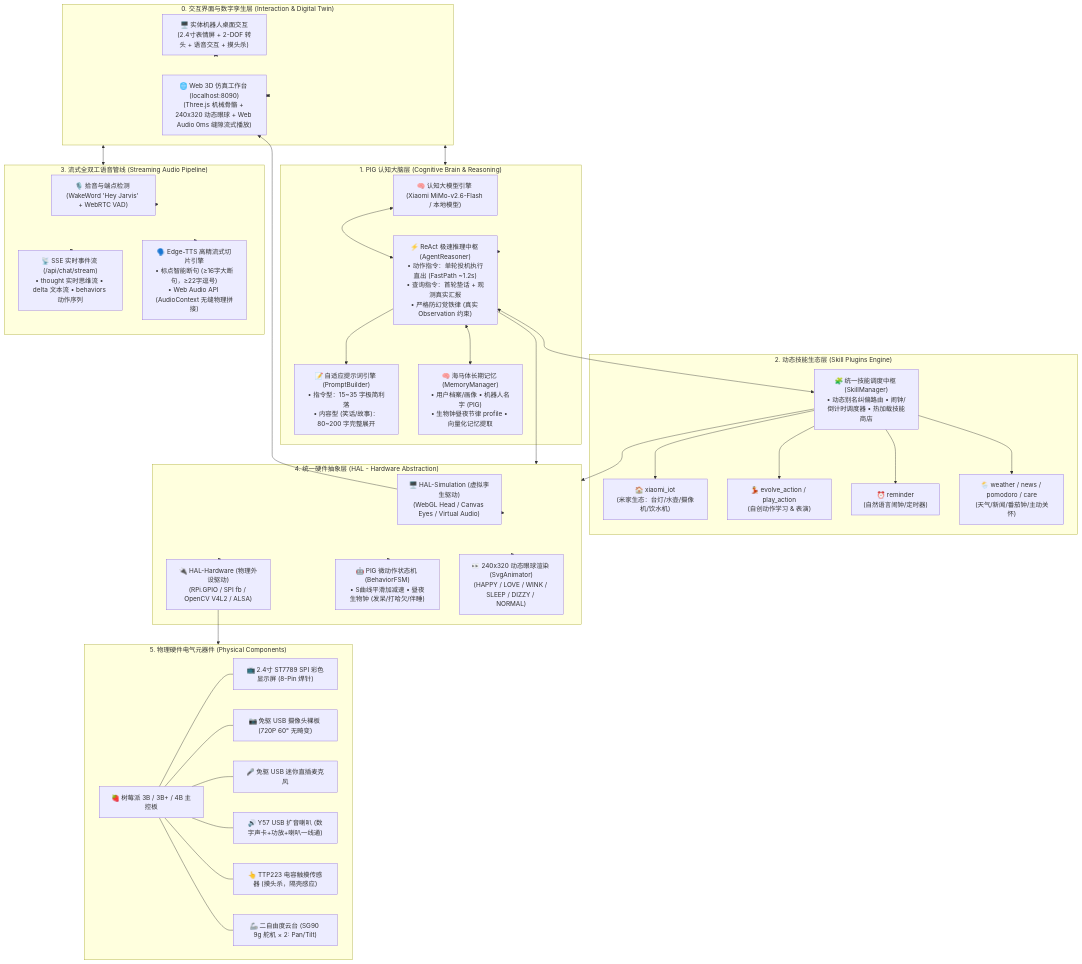
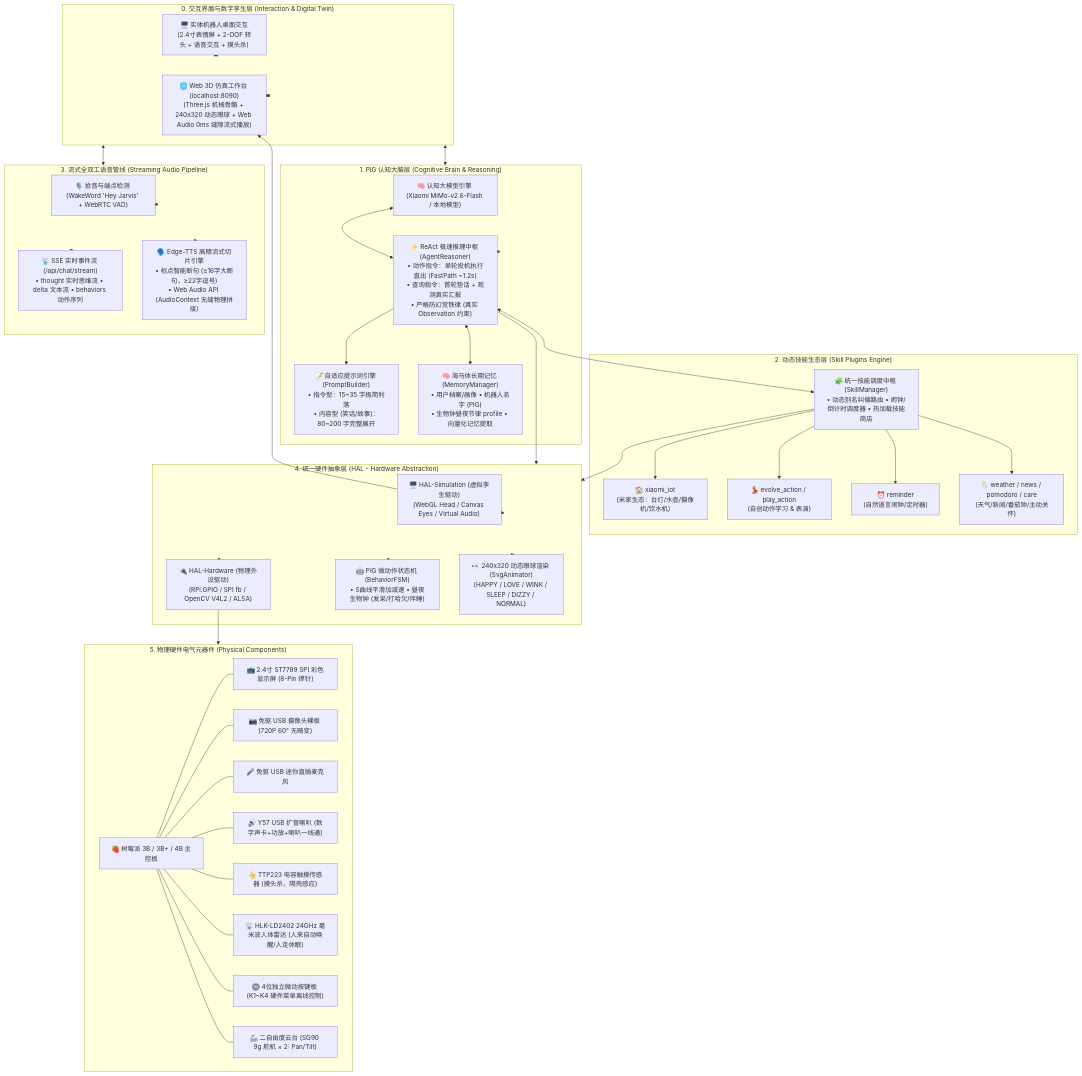
Before and after one commit to Yugle/PIG: the first of 3 diagrams in README.md, drawn with Mermaid. The commit also changed other lines of this file and 4 other files, not shown here.

````diff
--- a/README.md
+++ b/README.md
@@ -97,6 +97,8 @@
         Mic["🎤 免驱 USB 迷你直插麦克风"]
         Speaker["🔊 Y57 USB 扩音喇叭 (数字声卡+功放+喇叭一线通)"]
         Touch["👆 TTP223 电容触摸传感器 (摸头杀，隔壳感应)"]
+        Radar["📡 HLK-LD2402 24GHz 毫米波人体雷达 (人来自动唤醒/人走休眠)"]
+        Buttons["🔘 4位独立微动按键板 (K1~K4 硬件菜单离线控制)"]
         Servos["🦾 二自由度云台 (SG90 9g 舵机 × 2: Pan/Tilt)"]
     end
 
@@ -138,5 +140,7 @@
     RPi --- Mic
     RPi --- Speaker
     RPi --- Touch
+    RPi --- Radar
+    RPi --- Buttons
     RPi --- Servos
 ```
````
